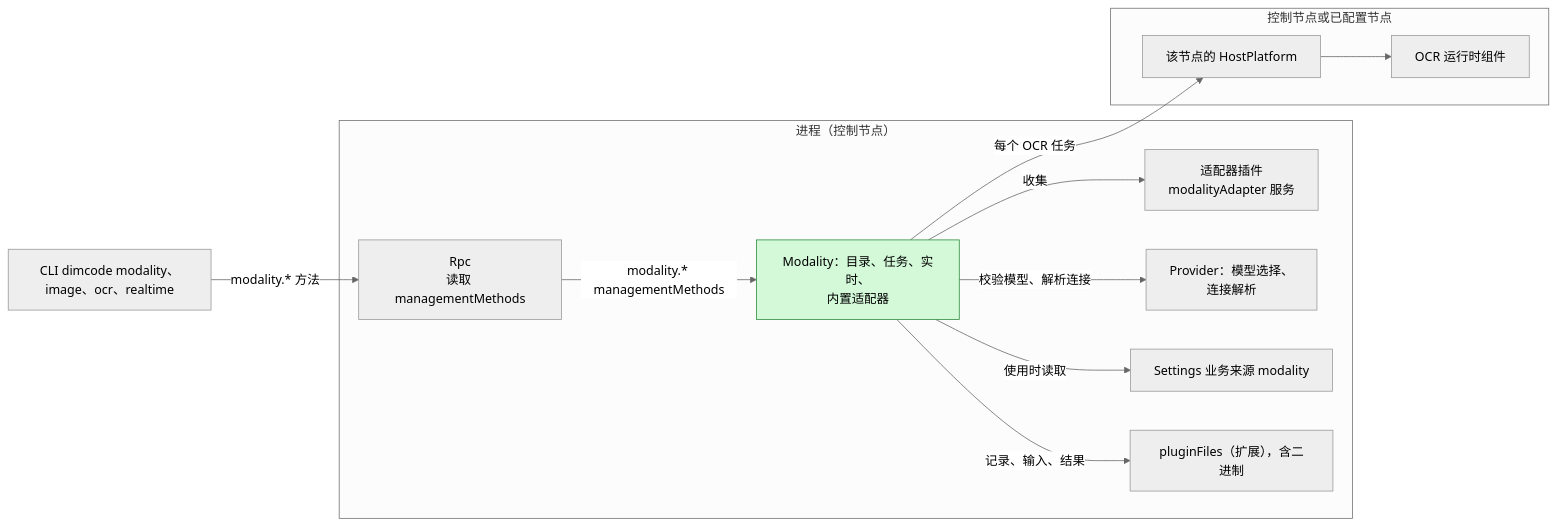
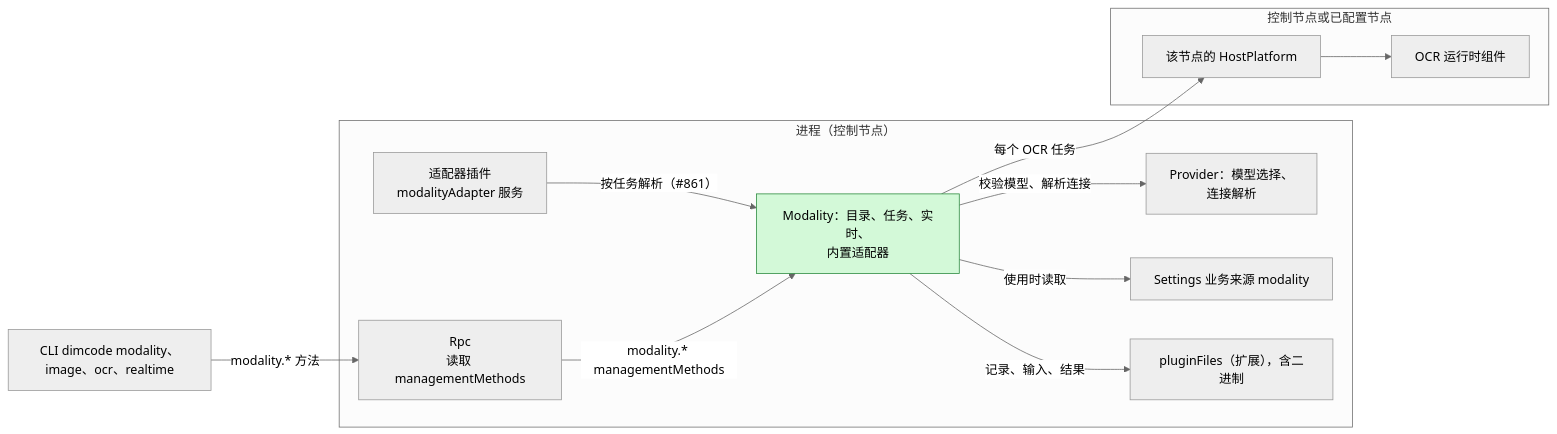
Before and after one commit to CoutinhoTTS/dim-agent: the first of 6 diagrams in docs/zh/design/plugins/Modality.md, drawn with Mermaid (neutral theme). The commit also changed other lines of this file, not shown here.

````diff
--- a/docs/zh/design/plugins/Modality.md
+++ b/docs/zh/design/plugins/Modality.md
@@ -13,25 +13,25 @@
 ```mermaid
 flowchart LR
   subgraph PROC["进程（控制节点）"]
     Mod["Modality：目录、任务、实时、<br/>内置适配器"]:::new
     AdPlug["适配器插件<br/>modalityAdapter 服务"]
     Rpc["Rpc<br/>读取 managementMethods"]
     Prov["Provider：模型选择、<br/>连接解析"]
     Set["Settings 业务来源 modality"]
     Store["pluginFiles（扩展），含二进制"]
   end
   subgraph NODE["控制节点或已配置节点"]
     HP["该节点的 HostPlatform"]
     OCR["OCR 运行时组件"]
   end
   CLI["CLI dimcode modality、image、ocr、realtime"]
-  Mod -->|"收集"| AdPlug
+  AdPlug -->|"按任务解析（#861）"| Mod
   Mod -->|"每个 OCR 任务"| HP
   HP --> OCR
   Mod -->|"校验模型、解析连接"| Prov
   Mod -->|"记录、输入、结果"| Store
   Mod -->|"使用时读取"| Set
   Rpc -->|"modality.* managementMethods"| Mod
   CLI -->|"modality.* 方法"| Rpc
   classDef new fill:#d3f9d8,stroke:#2b8a3e,color:#000
 ```
````
